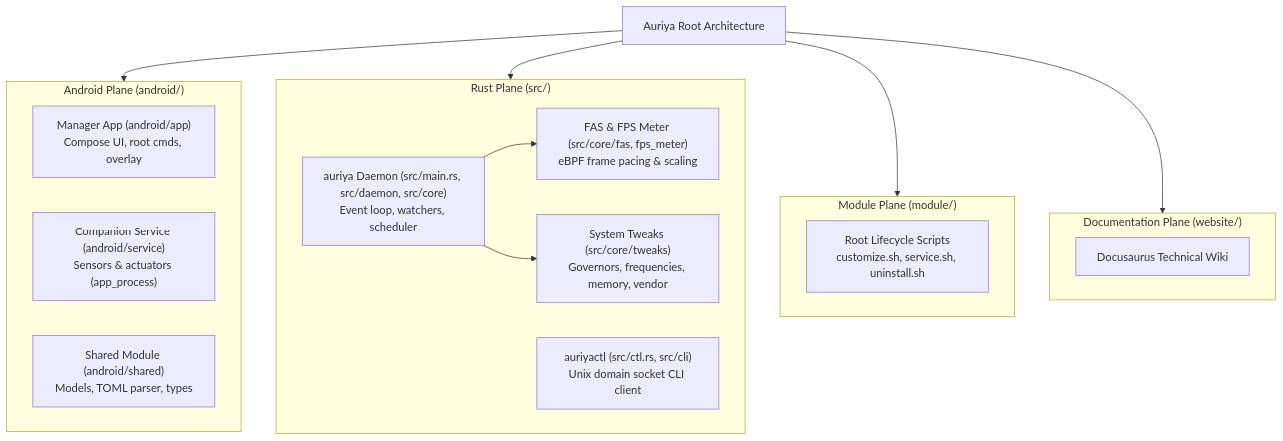
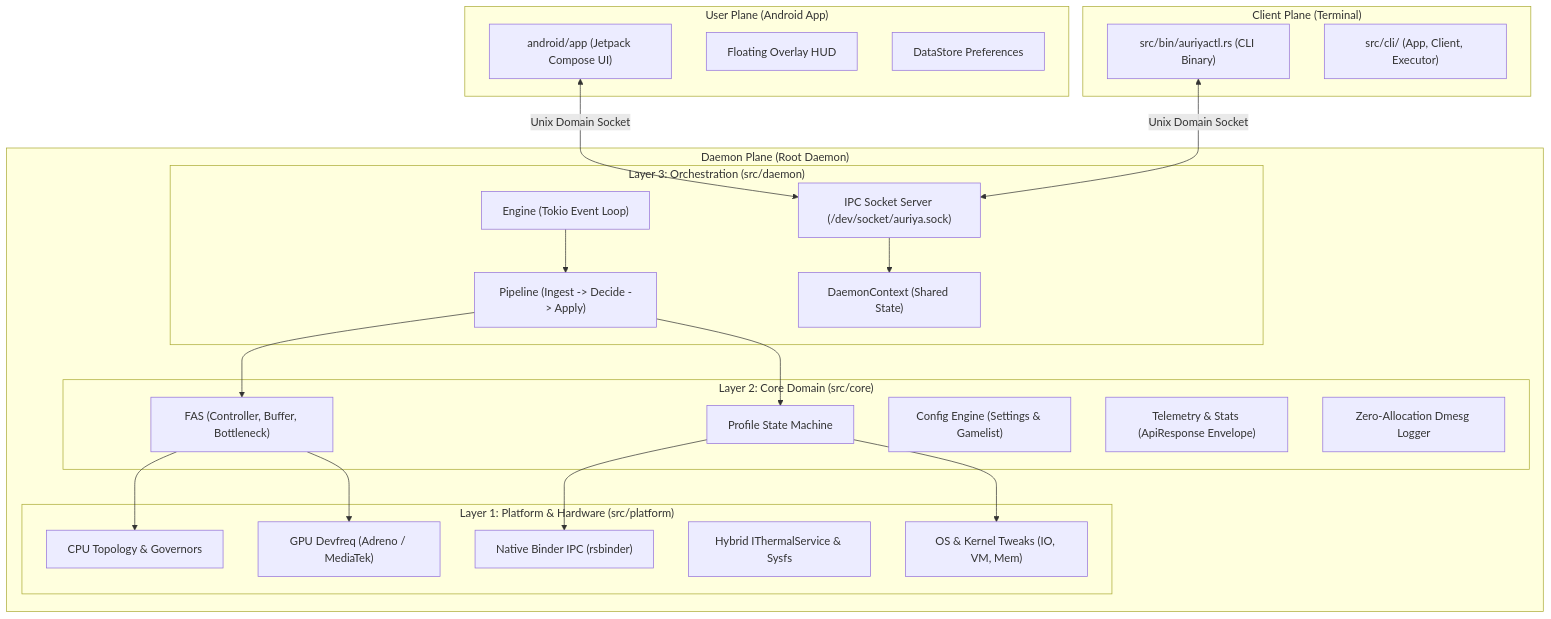
Before and after one commit to pavelc4/auriya-wiki: the diagram in src/content/docs/architecture/components.md, drawn with Mermaid. The commit also changed other lines of this file and 42 other files, not shown here.

Commit message:
docs: overhaul architecture documentation for v2.2.0 Native Binder IPC

````diff
--- a/src/content/docs/architecture/components.md
+++ b/src/content/docs/architecture/components.md
@@ -79,33 +6,49 @@
 ```mermaid
 flowchart TD
-    root["Auriya Root Architecture"]
-    
-    subgraph android_plane ["Android Plane (android/)"]
-        app["Manager App (android/app)<br/>Compose UI, root cmds, overlay"]
-        comp["Companion Service (android/service)<br/>Sensors & actuators (app_process)"]
-        shared["Shared Module (android/shared)<br/>Models, TOML parser, types"]
+    subgraph UI ["User Plane (Android App)"]
+        app["android/app (Jetpack Compose UI)"]
+        overlay["Floating Overlay HUD"]
+        prefs["DataStore Preferences"]
     end
 
-    subgraph rust_plane ["Rust Plane (src/)"]
-        daemon["auriya Daemon (src/main.rs, src/daemon, src/core)<br/>Event loop, watchers, scheduler"]
-        fas["FAS & FPS Meter (src/core/fas, fps_meter)<br/>eBPF frame pacing & scaling"]
-        tweaks["System Tweaks (src/core/tweaks)<br/>Governors, frequencies, memory, vendor"]
-        ctl["auriyactl (src/ctl.rs, src/cli)<br/>Unix domain socket CLI client"]
+    subgraph CLI ["Client Plane (Terminal)"]
+        ctl["src/bin/auriyactl.rs (CLI Binary)"]
+        cli_lib["src/cli/ (App, Client, Executor)"]
     end
 
-    subgraph module_plane ["Module Plane (module/)"]
-        scripts["Root Lifecycle Scripts<br/>customize.sh, service.sh, uninstall.sh"]
+    subgraph Daemon ["Daemon Plane (Root Daemon)"]
+        subgraph L3 ["Layer 3: Orchestration (src/daemon)"]
+            ctx["DaemonContext (Shared State)"]
+            pipeline["Pipeline (Ingest -> Decide -> Apply)"]
+            engine["Engine (Tokio Event Loop)"]
+            ipc["IPC Socket Server (/dev/socket/auriya.sock)"]
+        end
+
+        subgraph L2 ["Layer 2: Core Domain (src/core)"]
+            fas["FAS (Controller, Buffer, Bottleneck)"]
+            profile["Profile State Machine"]
+            config["Config Engine (Settings & Gamelist)"]
+            stats["Telemetry & Stats (ApiResponse Envelope)"]
+            logger["Zero-Allocation Dmesg Logger"]
+        end
+
+        subgraph L1 ["Layer 1: Platform & Hardware (src/platform)"]
+            binder["Native Binder IPC (rsbinder)"]
+            cpu["CPU Topology & Governors"]
+            gpu["GPU Devfreq (Adreno / MediaTek)"]
+            thermal["Hybrid IThermalService & Sysfs"]
+            common["OS & Kernel Tweaks (IO, VM, Mem)"]
+        end
     end
 
-    subgraph doc_plane ["Documentation Plane (website/)"]
-        wiki["Docusaurus Technical Wiki"]
-    end
-
-    root --> android_plane
-    root --> rust_plane
-    root --> module_plane
-    root --> doc_plane
-
-    daemon --> fas
-    daemon --> tweaks
+    app <-->|Unix Domain Socket| ipc
+    ctl <-->|Unix Domain Socket| ipc
+    ipc --> ctx
+    engine --> pipeline
+    pipeline --> fas
+    pipeline --> profile
+    fas --> cpu
+    fas --> gpu
+    profile --> binder
+    profile --> common
 ```
````
